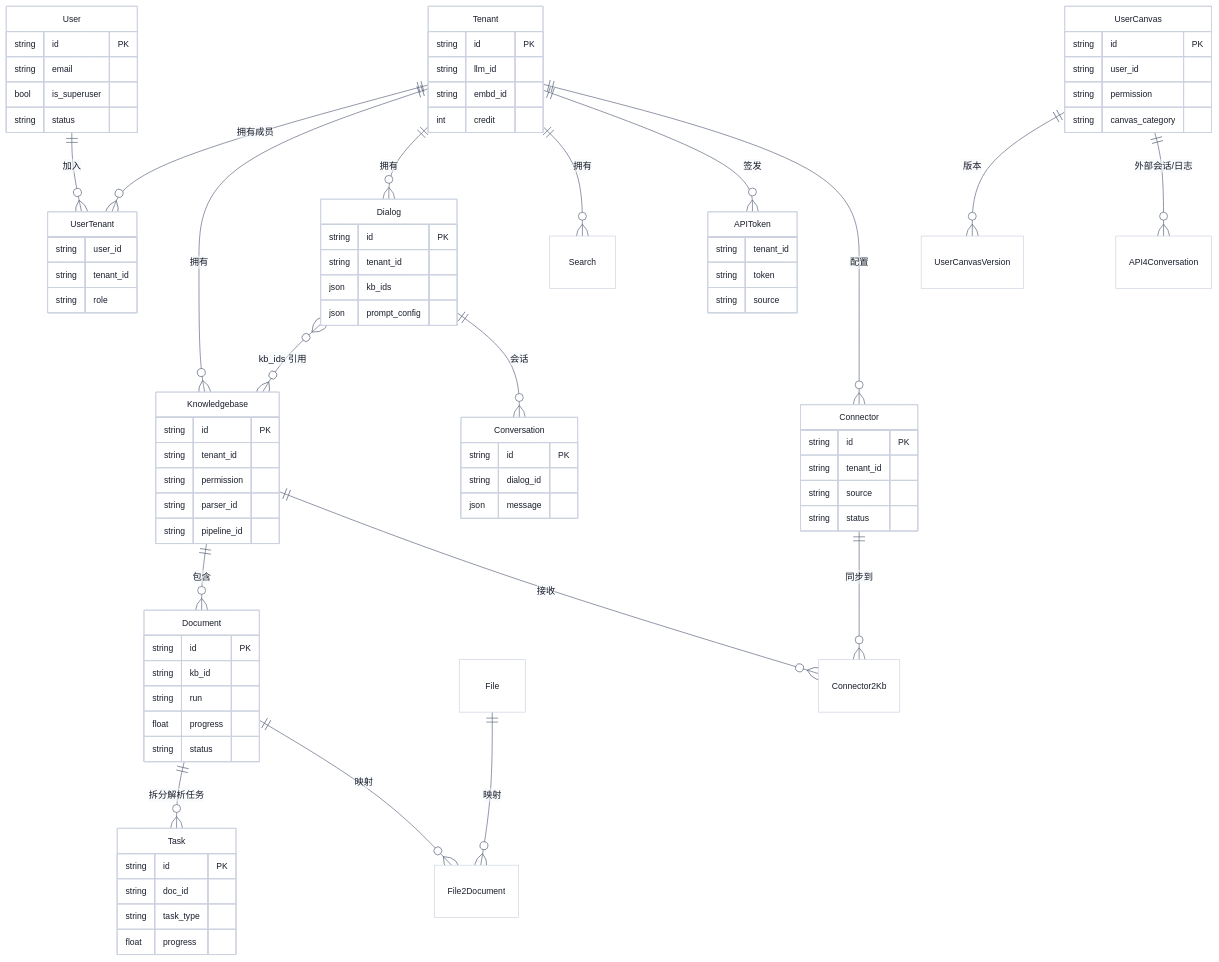
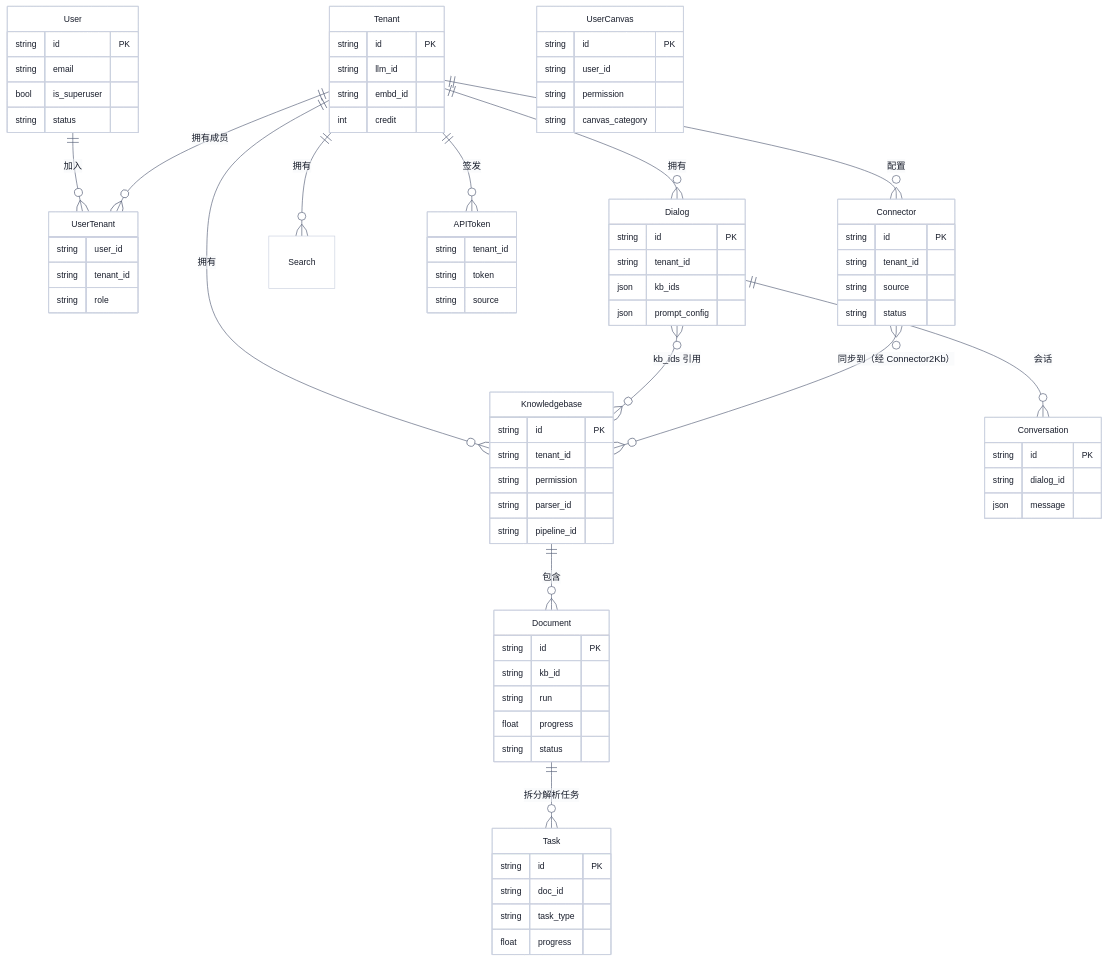
The first of 4 diagrams in examples/ragflow/01-业务全景.md (ReyYoung/repo-dissect), drawn with Mermaid before and after one commit. The commit also changed other lines of this file and 16 other files, not shown here.

```diff
--- a/examples/ragflow/01-业务全景.md
+++ b/examples/ragflow/01-业务全景.md
@@ -141,14 +141,9 @@
   Tenant ||--o{ Connector : "配置"
   Knowledgebase ||--o{ Document : "包含"
   Document ||--o{ Task : "拆分解析任务"
-  File ||--o{ File2Document : "映射"
-  Document ||--o{ File2Document : "映射"
-  Connector ||--o{ Connector2Kb : "同步到"
-  Knowledgebase ||--o{ Connector2Kb : "接收"
   Dialog }o--o{ Knowledgebase : "kb_ids 引用"
   Dialog ||--o{ Conversation : "会话"
-  UserCanvas ||--o{ UserCanvasVersion : "版本"
-  UserCanvas ||--o{ API4Conversation : "外部会话/日志"
+  Connector }o--o{ Knowledgebase : "同步到（经 Connector2Kb）"
 
   User {
     string id PK
```
